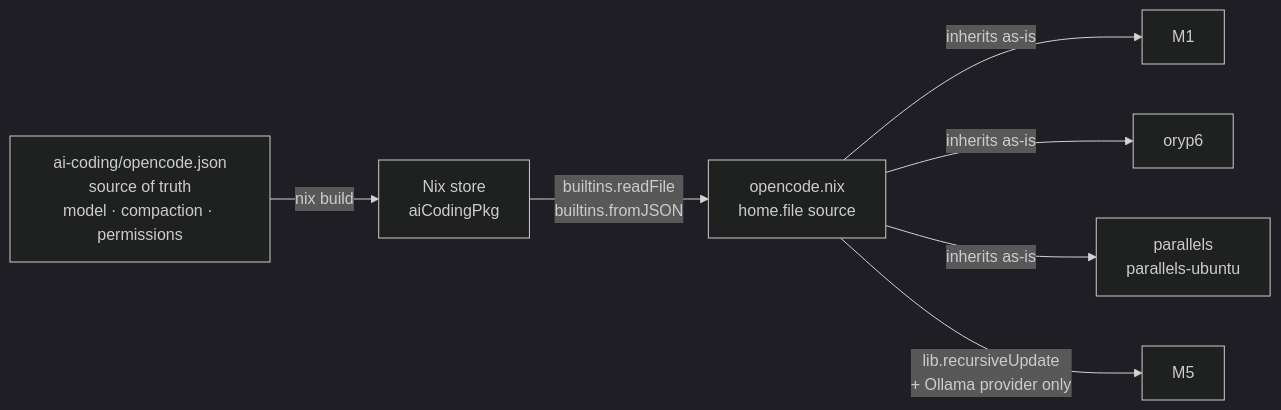
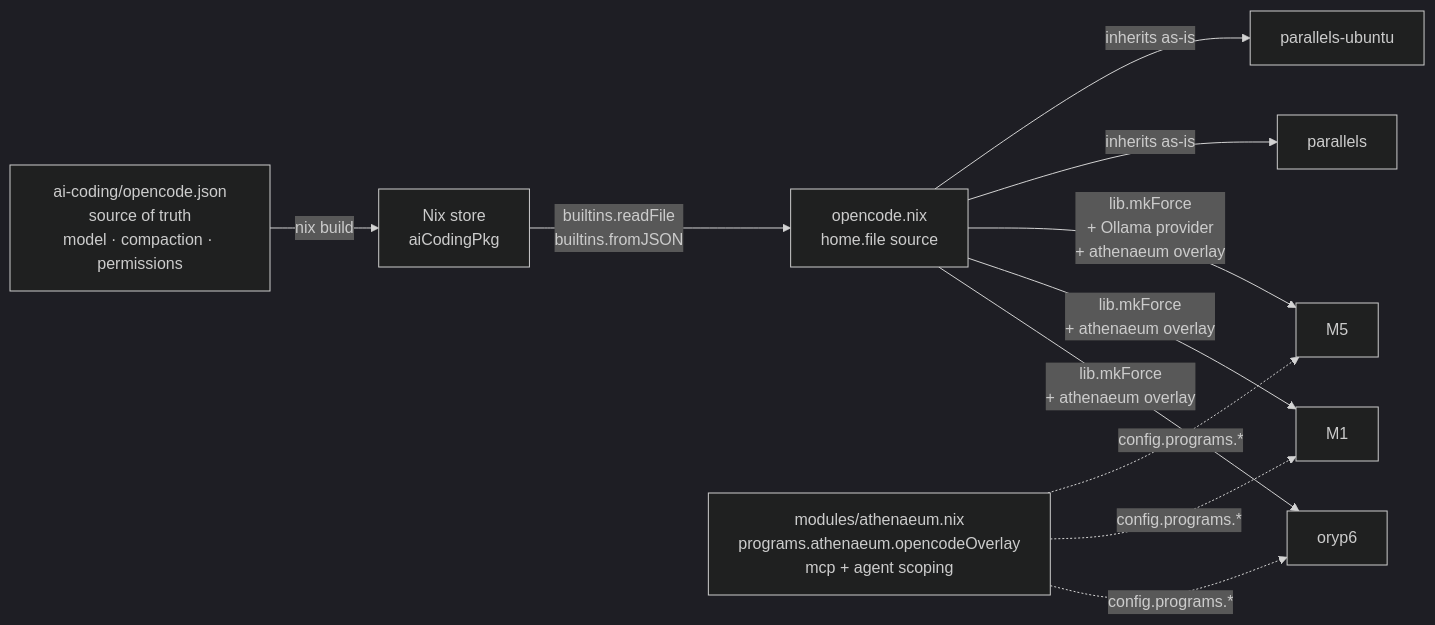
Before and after one commit to vansweej/home-manager: the diagram in docs/architecture.md, drawn with Mermaid (dark theme). The commit also changed other lines of this file and 2 other files, not shown here.

Commit message:
docs: document athenaeum mcp module and multi-machine override
Adds athenaeum.nix to the repository structure tree in AGENTS.md. Updates the opencode.json config-flow diagram and prose in docs/architecture.md to show 3 machines now override it (oryp6, M5, M1). Adds full athenaeum module section to docs/modules.md and updates the oryp6, M1, M5 machine sections to reflect the overrides.

````diff
--- a/docs/architecture.md
+++ b/docs/architecture.md
@@ -160,14 +162,20 @@
 ```mermaid
 graph LR
     AIC["ai-coding/opencode.json<br/>source of truth<br/>model · compaction · permissions"]
     NS["Nix store<br/>aiCodingPkg"]
     ON["opencode.nix<br/>home.file source"]
+    AE["modules/athenaeum.nix<br/>programs.athenaeum.opencodeOverlay<br/>mcp + agent scoping"]
 
     AIC -->|nix build| NS
     NS -->|builtins.readFile\nbuiltins.fromJSON| ON
 
-    ON -->|inherits as-is| M1["M1"]
-    ON -->|inherits as-is| OR["oryp6"]
-    ON -->|inherits as-is| PA["parallels\nparallels-ubuntu"]
-    ON -->|"lib.recursiveUpdate\n+ Ollama provider only"| M5["M5"]
+    ON -->|"lib.mkForce\n+ athenaeum overlay"| OR["oryp6"]
+    ON -->|"lib.mkForce\n+ athenaeum overlay"| M1["M1"]
+    ON -->|"lib.mkForce\n+ Ollama provider<br/>+ athenaeum overlay"| M5["M5"]
+    ON -->|"inherits as-is"| PP["parallels"]
+    ON -->|"inherits as-is"| PU["parallels-ubuntu"]
+
+    AE -.->|config.programs.*| OR
+    AE -.->|config.programs.*| M1
+    AE -.->|config.programs.*| M5
 ```
````
